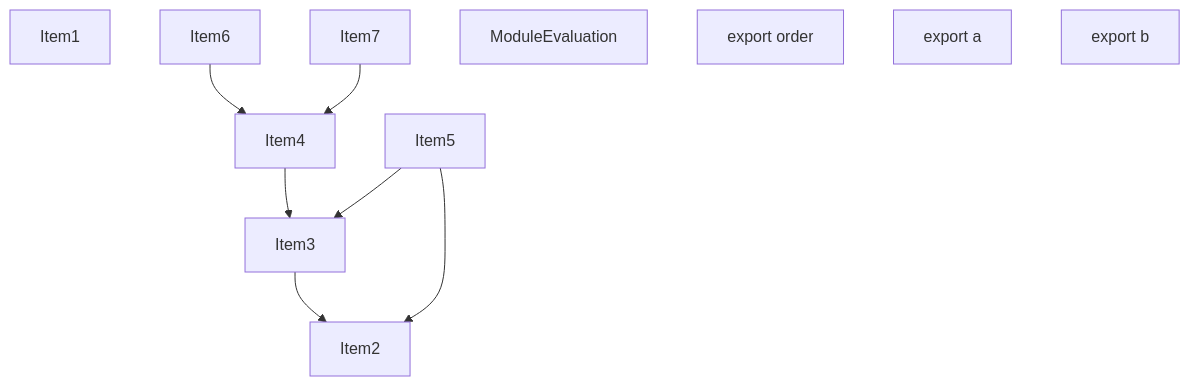
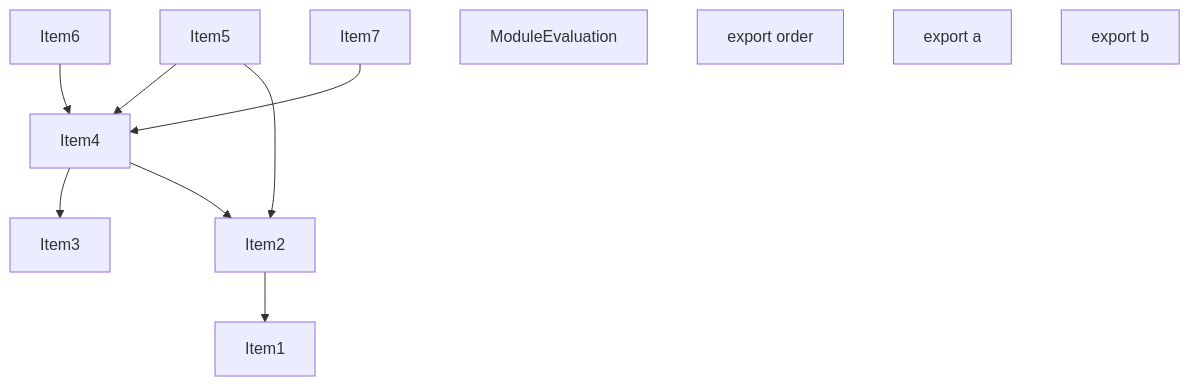
The third of 5 diagrams in crates/turbopack-ecmascript/tests/tree-shaker/analyzer/shared-2/output.md (vercel/turborepo), drawn with Mermaid before and after one commit. The commit also changed other lines of this file and 15 other files, not shown here.

````diff
--- a/crates/turbopack-ecmascript/tests/tree-shaker/analyzer/shared-2/output.md
+++ b/crates/turbopack-ecmascript/tests/tree-shaker/analyzer/shared-2/output.md
@@ -133,24 +135,25 @@
 ```mermaid
 graph TD
     Item1;
     Item2;
     Item3;
     Item4;
     Item5;
     Item6;
     Item7;
     Item8;
     Item8["ModuleEvaluation"];
     Item9;
     Item9["export order"];
     Item10;
     Item10["export a"];
     Item11;
     Item11["export b"];
-    Item3 --> Item2;
+    Item2 --> Item1;
     Item4 --> Item3;
+    Item4 --> Item2;
+    Item5 --> Item4;
     Item5 --> Item2;
-    Item5 --> Item3;
     Item6 --> Item4;
     Item7 --> Item4;
 ```
````
